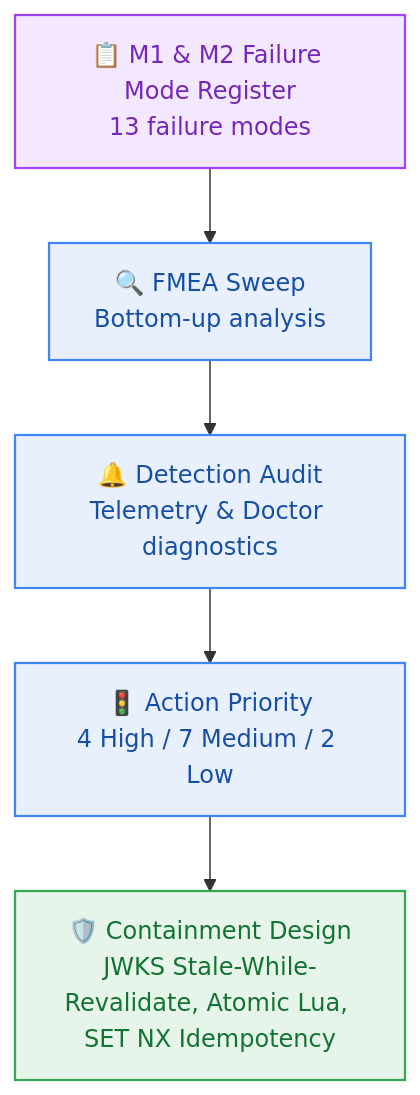
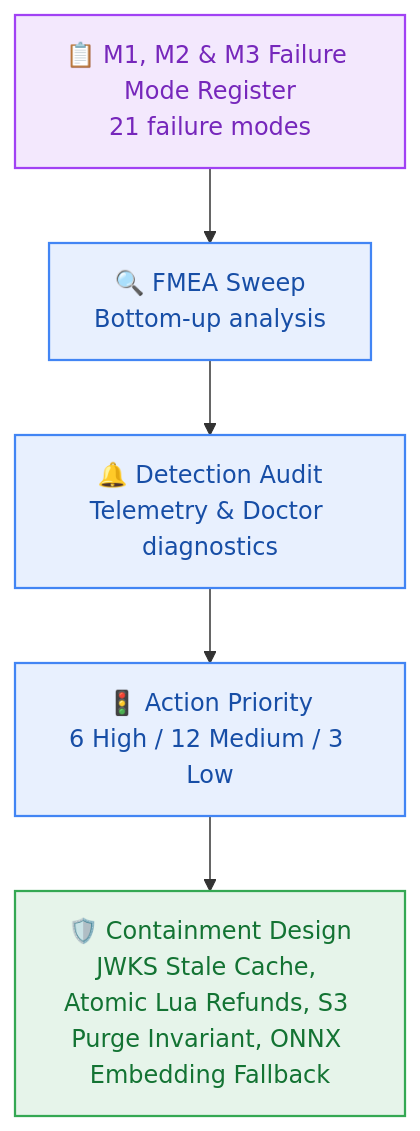
The diagram in _documentation/planning/registers/failure-mode-register.md (Glitch-guy0/Contextual), drawn with Mermaid before and after one commit. The commit also changed other lines of this file and 12 other files, not shown here.

First line of the commit message:
docs(m3): seal Milestone M3 architecture plan, contracts, and CP3 handoff

````diff
--- a/_documentation/planning/registers/failure-mode-register.md
+++ b/_documentation/planning/registers/failure-mode-register.md
@@ -18,15 +18,15 @@
 ```mermaid
 graph TD
-  REG["📋 M1 & M2 Failure Mode Register<br/>13 failure modes"] --> FMEA["🔍 FMEA Sweep<br/>Bottom-up analysis"]
+  REG["📋 M1, M2 & M3 Failure Mode Register<br/>21 failure modes"] --> FMEA["🔍 FMEA Sweep<br/>Bottom-up analysis"]
   FMEA --> DET["🔔 Detection Audit<br/>Telemetry & Doctor diagnostics"]
-  DET --> AP["🚦 Action Priority<br/>4 High / 7 Medium / 2 Low"]
-  AP --> CONTAIN["🛡️ Containment Design<br/>JWKS Stale-While-Revalidate, Atomic Lua, SET NX Idempotency"]
+  DET --> AP["🚦 Action Priority<br/>6 High / 12 Medium / 3 Low"]
+  AP --> CONTAIN["🛡️ Containment Design<br/>JWKS Stale Cache, Atomic Lua Refunds, S3 Purge Invariant, ONNX Embedding Fallback"]
 
   classDef purple fill:#F3E8FD,stroke:#A142F4,stroke-width:1.5px,color:#7627BB;
   classDef blue fill:#E8F0FE,stroke:#4285F4,stroke-width:1.5px,color:#174EA6;
   classDef green fill:#E6F4EA,stroke:#34A853,stroke-width:1.5px,color:#137333;
 
   class REG purple;
   class FMEA,DET,AP blue;
   class CONTAIN green;
 ```
````
